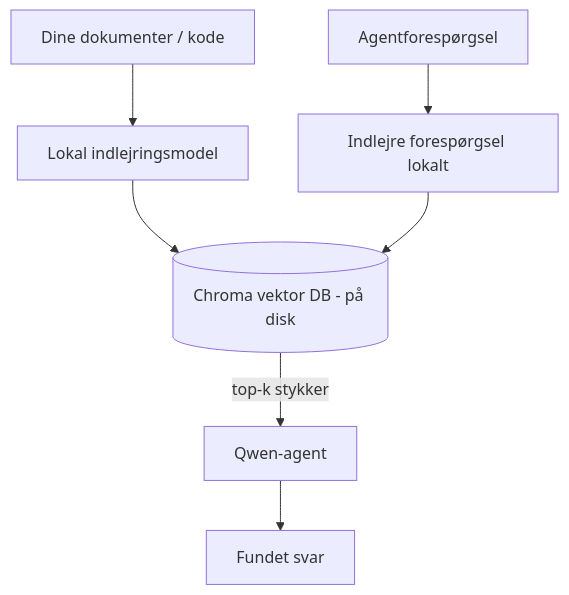
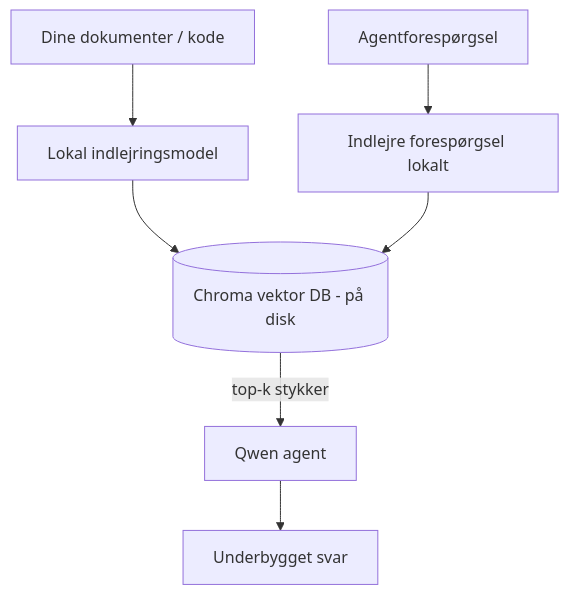
Before and after one commit to microsoft/ai-agents-for-beginners: the third of 4 diagrams in translations/da/17-creating-local-ai-agents/README.md, drawn with Mermaid. The commit also changed other lines of this file and 47 other files, not shown here.

````diff
--- a/translations/da/17-creating-local-ai-agents/README.md
+++ b/translations/da/17-creating-local-ai-agents/README.md
@@ -125,9 +125,9 @@
 ```mermaid
 flowchart TB
     D[Dine dokumenter / kode] --> E[Lokal indlejringsmodel]
     E --> V[(Chroma vektor DB - på disk)]
     Q[Agentforespørgsel] --> QE[Indlejre forespørgsel lokalt]
     QE --> V
-    V -->|top-k stykker| A[Qwen-agent]
-    A --> Ans[Fundet svar]
+    V -->|top-k stykker| A[Qwen agent]
+    A --> Ans[Underbygget svar]
 ```
````
